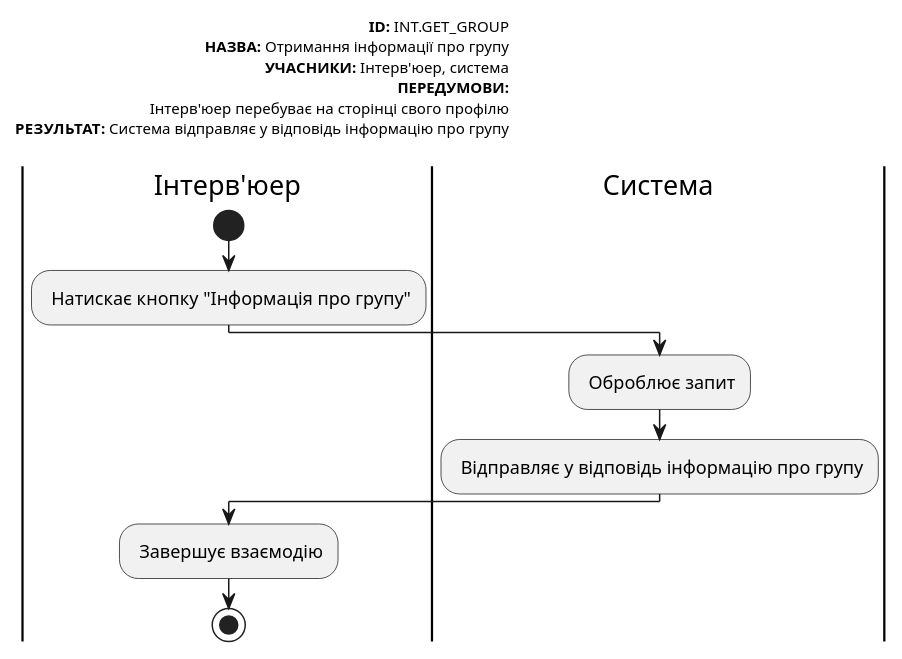
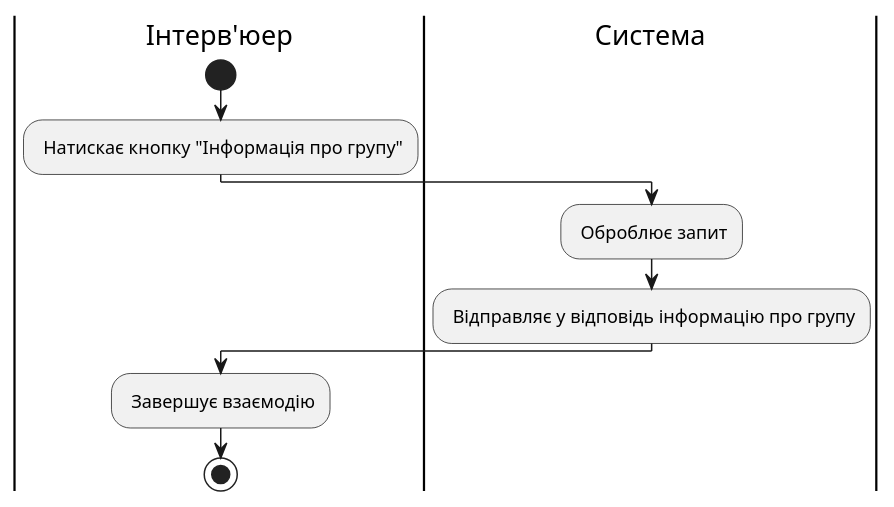
Before and after one commit to michigang1/ImForms: diagram 18 of 22 in docs/use cases/README.md, drawn with PlantUML. The commit also changed other lines of this file, not shown here.

```diff
--- a/docs/use cases/README.md
+++ b/docs/use cases/README.md
@@ -589,23 +616,14 @@
 @startuml
-left header
-<font color=000 size=10><b>ID:</b> INT.GET_GROUP
-<font color=000 size=10><b>НАЗВА:</b> Отримання інформації про групу
-<font color=000 size=10><b>УЧАСНИКИ:</b> Інтерв'юер, система  
-<font color=000 size=10><b>ПЕРЕДУМОВИ:</b>
-<font color=000 size=10> Інтерв'юер перебуває на сторінці свого профілю
-<font color=000 size=10><b>РЕЗУЛЬТАТ:</b> Система відправляє у відповідь інформацію про групу
-
-end header
 
 |Інтерв'юер|
 start
 : Натискає кнопку "Інформація про групу";
 
 |Система|
 : Оброблює запит;
 : Відправляє у відповідь інформацію про групу;
 
 |Інтерв'юер|
 : Завершує взаємодію;
 stop;
 @enduml
```
